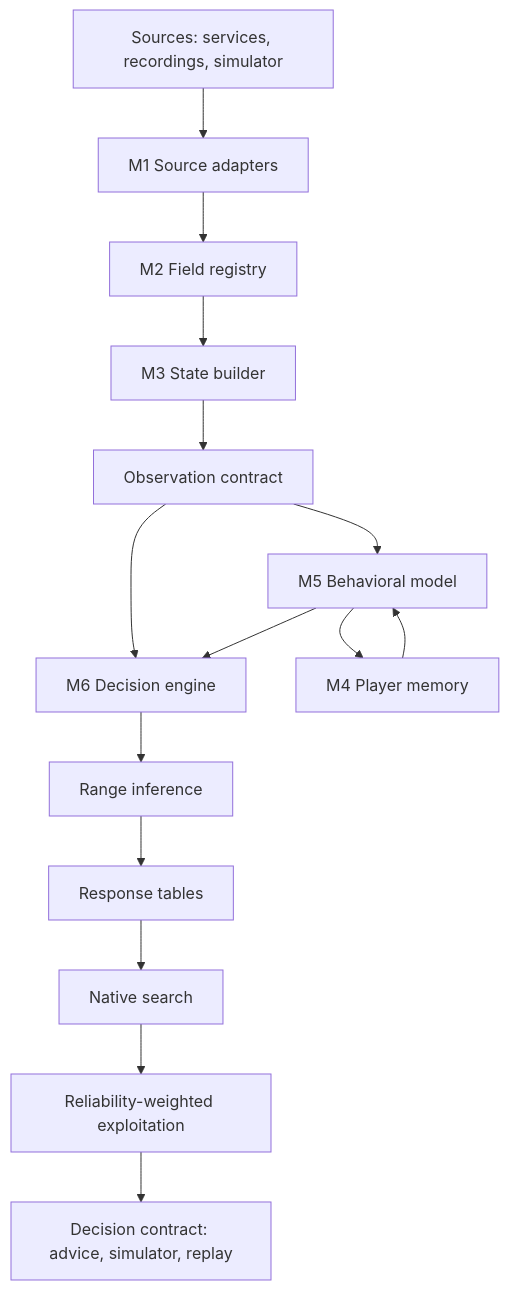
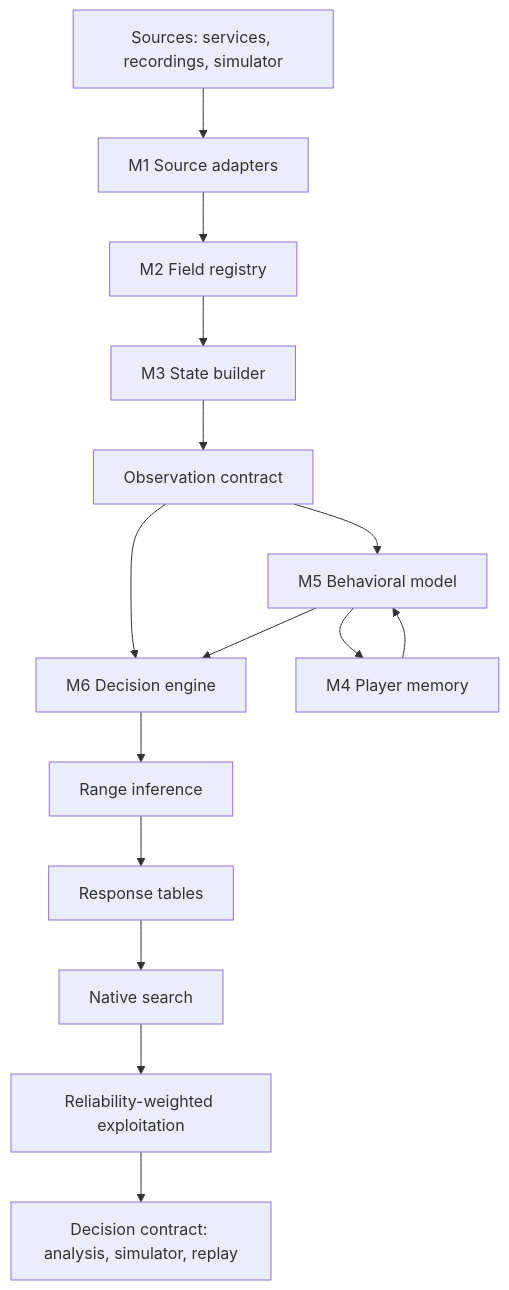
The first of 3 diagrams in docs/models/needle-1/MODEL.en.md (NathanNT/PK-Research), drawn with Mermaid before and after one commit. The commit also changed other lines of this file, not shown here.

````diff
--- a/docs/models/needle-1/MODEL.en.md
+++ b/docs/models/needle-1/MODEL.en.md
@@ -136,17 +145,17 @@
 ```mermaid
 flowchart TD
     S[Sources: services, recordings, simulator] --> A[M1 Source adapters]
     A --> R[M2 Field registry]
     R --> B[M3 State builder]
     B --> O[Observation contract]
     O --> P[M5 Behavioral model]
     O --> D[M6 Decision engine]
     M[M4 Player memory] --> P
     P --> M
     P --> D
     D --> D1[Range inference]
     D1 --> D2[Response tables]
     D2 --> D3[Native search]
     D3 --> D4[Reliability-weighted exploitation]
-    D4 --> OUT[Decision contract: advice, simulator, replay]
+    D4 --> OUT[Decision contract: analysis, simulator, replay]
 ```
````
